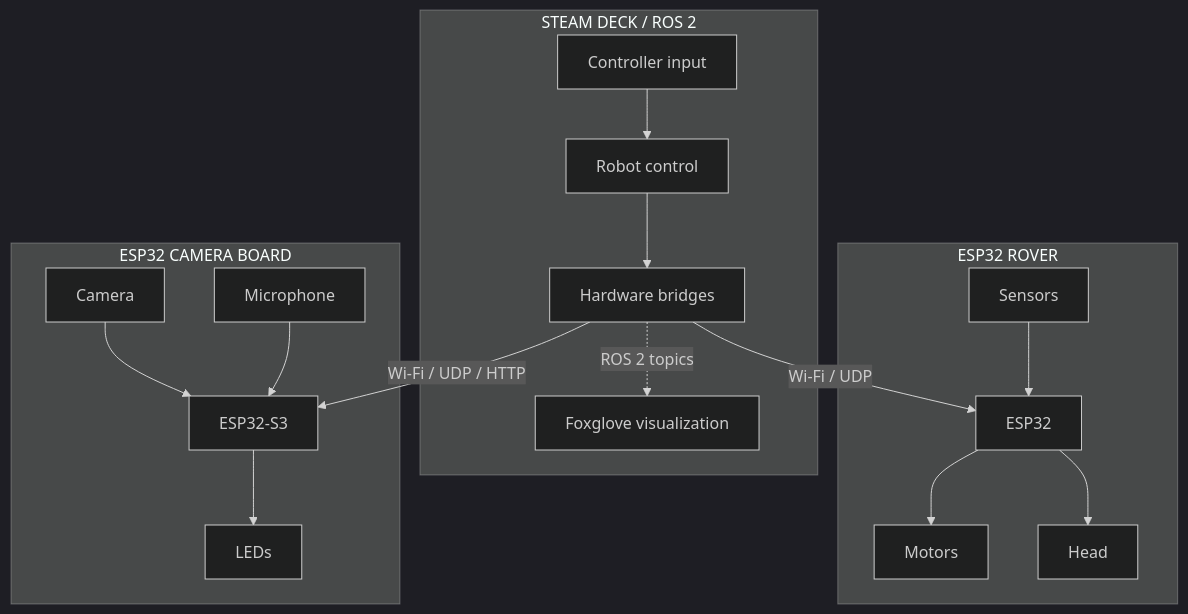
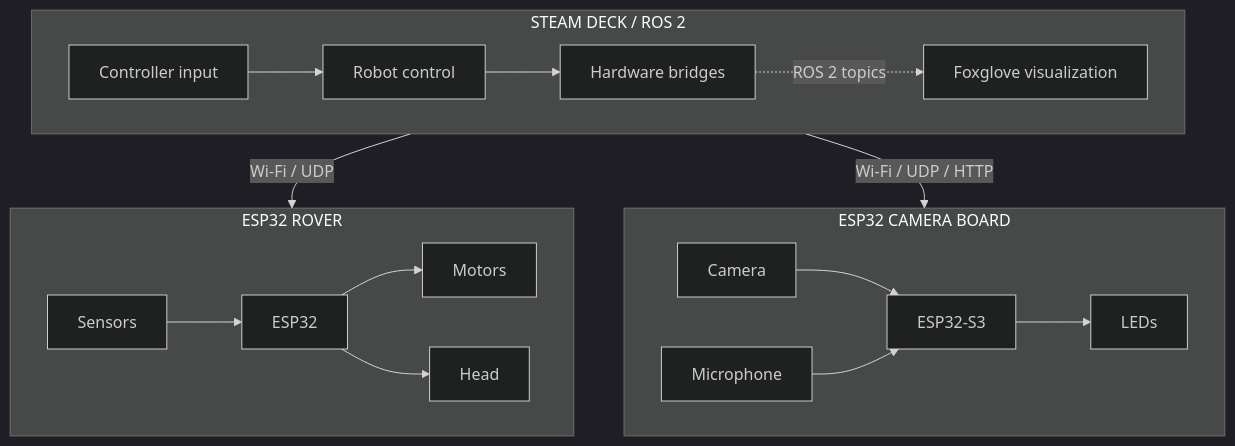
Before and after one commit to SolarSpore/Distributed-Robotics-Platform-2026: the first of 3 diagrams in README.md, drawn with Mermaid (dark theme).

````diff
--- a/README.md
+++ b/README.md
@@ -124,38 +124,39 @@
 ```mermaid
 flowchart TB
     subgraph DECK["STEAM DECK / ROS 2"]
+        direction LR
         JOY["Controller input"]
         CONTROL["Robot control"]
         BRIDGES["Hardware bridges"]
         FOX["Foxglove visualization"]
 
         JOY --> CONTROL
         CONTROL --> BRIDGES
         BRIDGES -.->|"ROS 2 topics"| FOX
     end
 
     subgraph ROVER["ESP32 ROVER"]
         MCU["ESP32"]
         MOTORS["Motors"]
         SENSORS["Sensors"]
         HEAD["Head"]
 
         MCU --> MOTORS
         MCU --> HEAD
         SENSORS --> MCU
     end
 
     subgraph CAMBOARD["ESP32 CAMERA BOARD"]
         CAMMCU["ESP32-S3"]
         CAMERA["Camera"]
         MIC["Microphone"]
         LEDS["LEDs"]
 
         CAMERA --> CAMMCU
         MIC --> CAMMCU
         CAMMCU --> LEDS
     end
 
-    BRIDGES -->|"Wi-Fi / UDP"| MCU
-    BRIDGES -->|"Wi-Fi / UDP / HTTP"| CAMMCU
+    DECK -->|"Wi-Fi / UDP"| ROVER
+    DECK -->|"Wi-Fi / UDP / HTTP"| CAMBOARD
 ```
````
